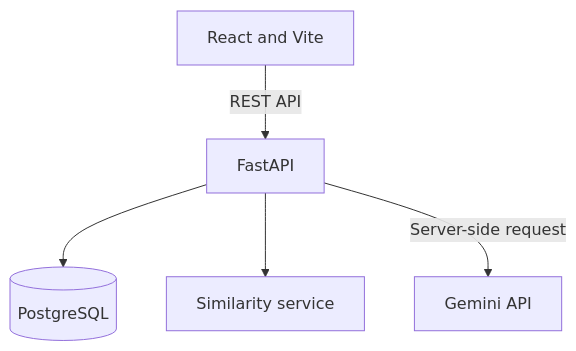
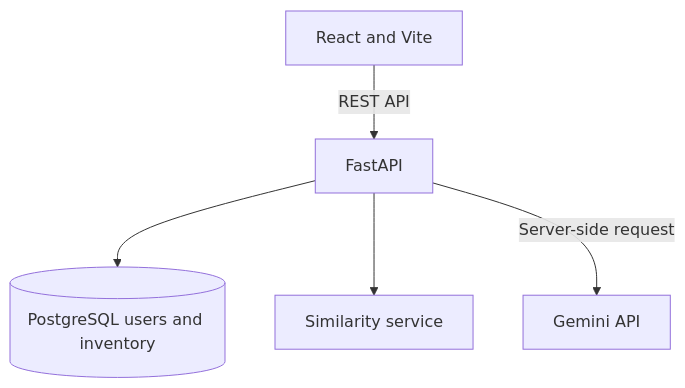
The diagram in README.md (MAY0927/smart-inventory-assistant), drawn with Mermaid before and after one commit. The commit also changed other lines of this file and 23 other files, not shown here.

````diff
--- a/README.md
+++ b/README.md
@@ -85,7 +86,7 @@
 ```mermaid
 flowchart TD
     A[React and Vite] -->|REST API| B[FastAPI]
-    B --> C[(PostgreSQL)]
+    B --> C[(PostgreSQL users and inventory)]
     B --> D[Similarity service]
     B -->|Server-side request| E[Gemini API]
 ```
````
